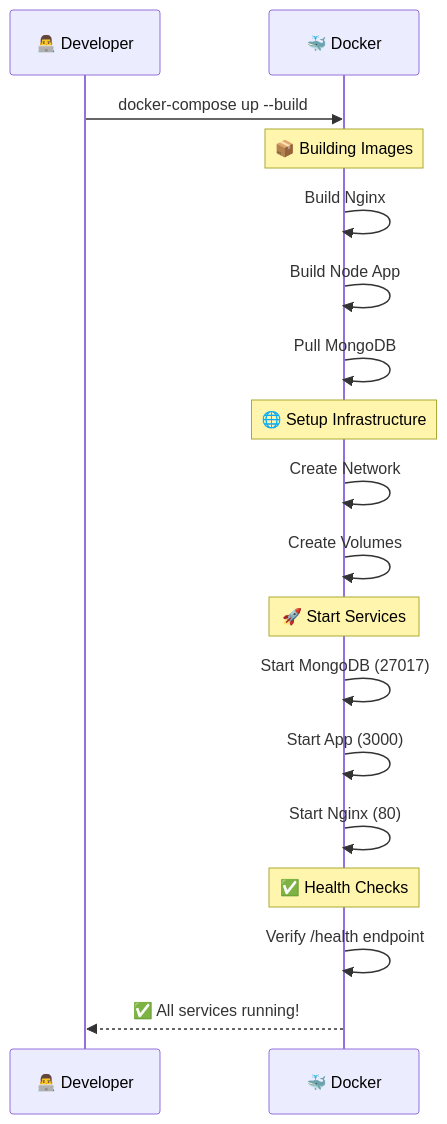
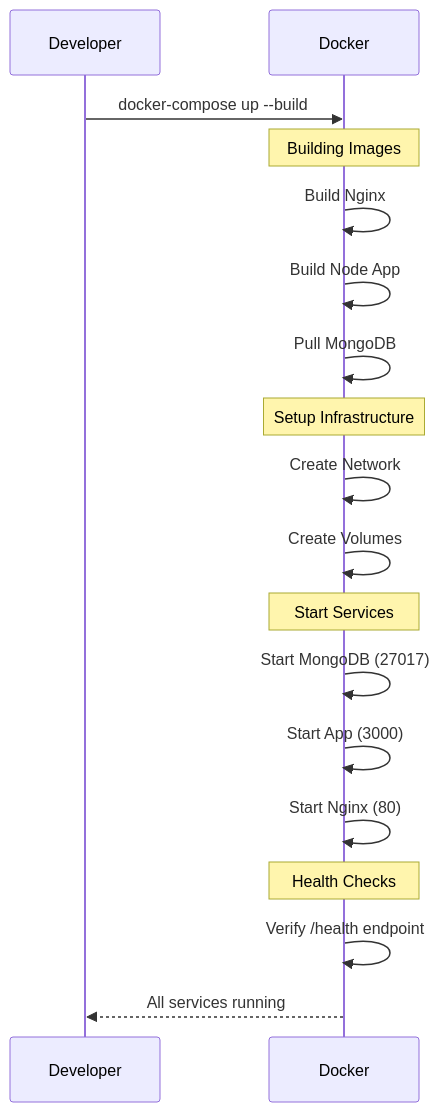
One commit to Shahriarin2garden/url-shortener-lab02-feature-nginx-layer changed the fifth of 13 diagrams in url-shortener-lab02-feature-nginx-layer/README.md. Above: the diagram before and after it, drawn with Mermaid. The commit also changed other lines of this file, not shown here.

````diff
--- a/url-shortener-lab02-feature-nginx-layer/README.md
+++ b/url-shortener-lab02-feature-nginx-layer/README.md
@@ -171,26 +203,26 @@
 ```mermaid
 sequenceDiagram
-    participant Dev as 👨‍💻 Developer
-    participant Docker as 🐳 Docker
-    
+    participant Dev as Developer
+    participant Docker as Docker
+
     Dev->>Docker: docker-compose up --build
-    
-    Note over Docker: 📦 Building Images
+
+    Note over Docker: Building Images
     Docker->>Docker: Build Nginx
     Docker->>Docker: Build Node App
     Docker->>Docker: Pull MongoDB
-    
-    Note over Docker: 🌐 Setup Infrastructure
+
+    Note over Docker: Setup Infrastructure
     Docker->>Docker: Create Network
     Docker->>Docker: Create Volumes
-    
-    Note over Docker: 🚀 Start Services
+
+    Note over Docker: Start Services
     Docker->>Docker: Start MongoDB (27017)
     Docker->>Docker: Start App (3000)
     Docker->>Docker: Start Nginx (80)
-    
-    Note over Docker: ✅ Health Checks
+
+    Note over Docker: Health Checks
     Docker->>Docker: Verify /health endpoint
-    
-    Docker-->>Dev: ✅ All services running!
+
+    Docker-->>Dev: All services running
 ```
````
